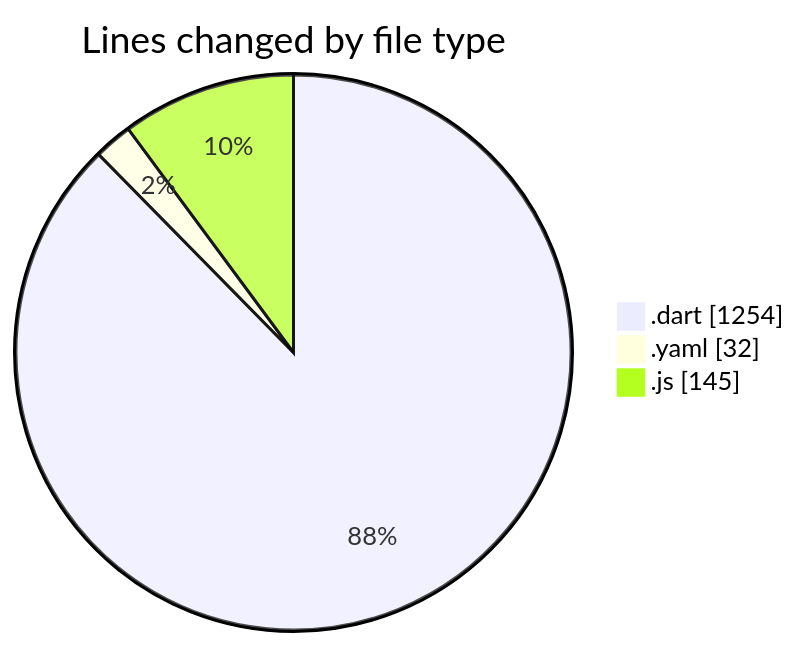
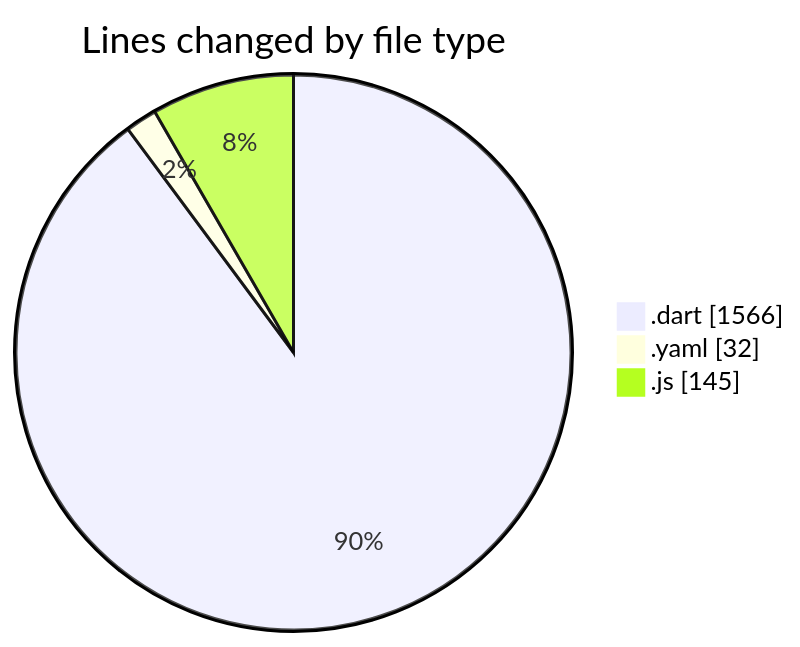
Before and after one commit to lephambinh05/code-tracking: the first of 2 diagrams in 2025-07-30/appproject/README.md, drawn with Mermaid. The commit also changed other lines of this file and 1 other file, not shown here.

````diff
--- a/2025-07-30/appproject/README.md
+++ b/2025-07-30/appproject/README.md
@@ -29,7 +30,7 @@
 ```mermaid
 pie showData
 title Lines changed by file type
-".dart" : 1254
+".dart" : 1566
 ".yaml" : 32
 ".js" : 145
 ```
````
